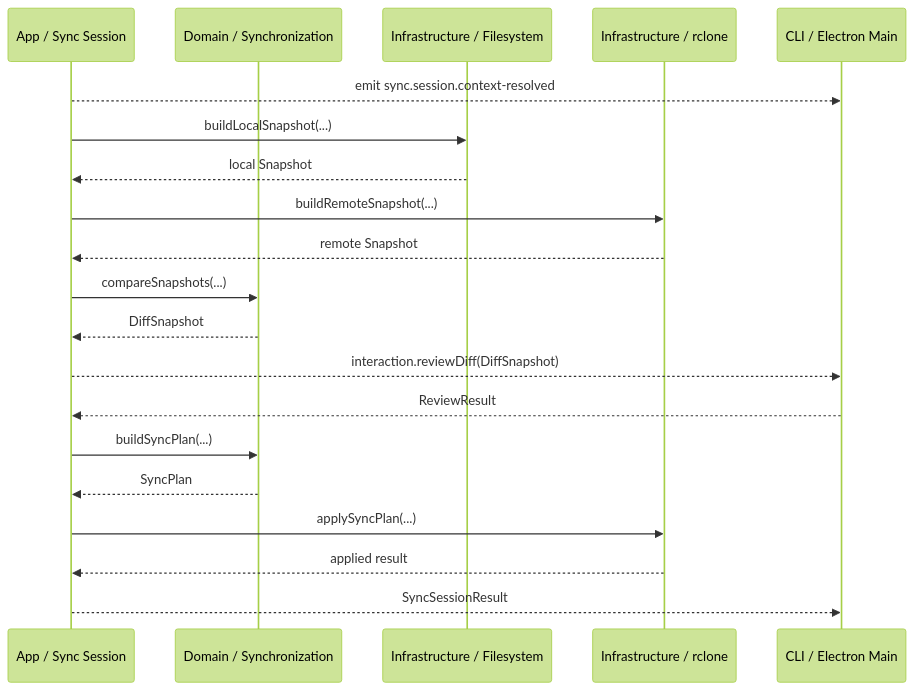
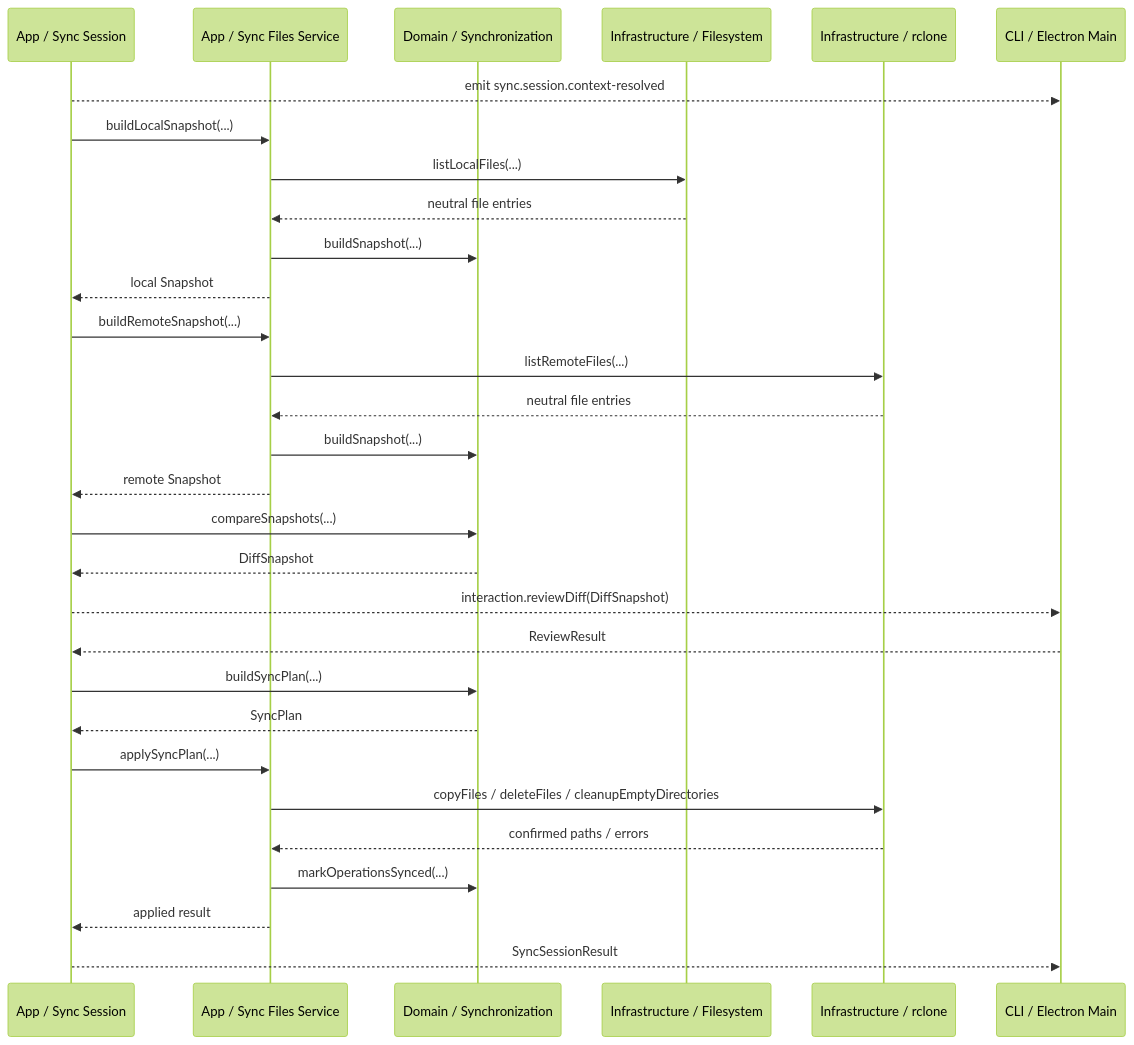
The fourth of 4 diagrams in docs/Architecture.md (agalloch21/sync-with-rclone), drawn with Mermaid (forest theme) before and after one commit. The commit also changed other lines of this file and 27 other files, not shown here.

````diff
--- a/docs/Architecture.md
+++ b/docs/Architecture.md
@@ -780,23 +800,33 @@
 ```mermaid
 sequenceDiagram
   participant APP as App / Sync Session
+  participant SERVICE as App / Sync Files Service
   participant DOMAIN as Domain / Synchronization
   participant FS as Infrastructure / Filesystem
   participant RCLONE as Infrastructure / rclone
   participant SHELL as CLI / Electron Main
 
   APP-->>SHELL: emit sync.session.context-resolved
-  APP->>FS: buildLocalSnapshot(...)
-  FS-->>APP: local Snapshot
-  APP->>RCLONE: buildRemoteSnapshot(...)
-  RCLONE-->>APP: remote Snapshot
+  APP->>SERVICE: buildLocalSnapshot(...)
+  SERVICE->>FS: listLocalFiles(...)
+  FS-->>SERVICE: neutral file entries
+  SERVICE->>DOMAIN: buildSnapshot(...)
+  SERVICE-->>APP: local Snapshot
+  APP->>SERVICE: buildRemoteSnapshot(...)
+  SERVICE->>RCLONE: listRemoteFiles(...)
+  RCLONE-->>SERVICE: neutral file entries
+  SERVICE->>DOMAIN: buildSnapshot(...)
+  SERVICE-->>APP: remote Snapshot
   APP->>DOMAIN: compareSnapshots(...)
   DOMAIN-->>APP: DiffSnapshot
   APP-->>SHELL: interaction.reviewDiff(DiffSnapshot)
   SHELL-->>APP: ReviewResult
   APP->>DOMAIN: buildSyncPlan(...)
   DOMAIN-->>APP: SyncPlan
-  APP->>RCLONE: applySyncPlan(...)
-  RCLONE-->>APP: applied result
+  APP->>SERVICE: applySyncPlan(...)
+  SERVICE->>RCLONE: copyFiles / deleteFiles / cleanupEmptyDirectories
+  RCLONE-->>SERVICE: confirmed paths / errors
+  SERVICE->>DOMAIN: markOperationsSynced(...)
+  SERVICE-->>APP: applied result
   APP-->>SHELL: SyncSessionResult
 ```
````
